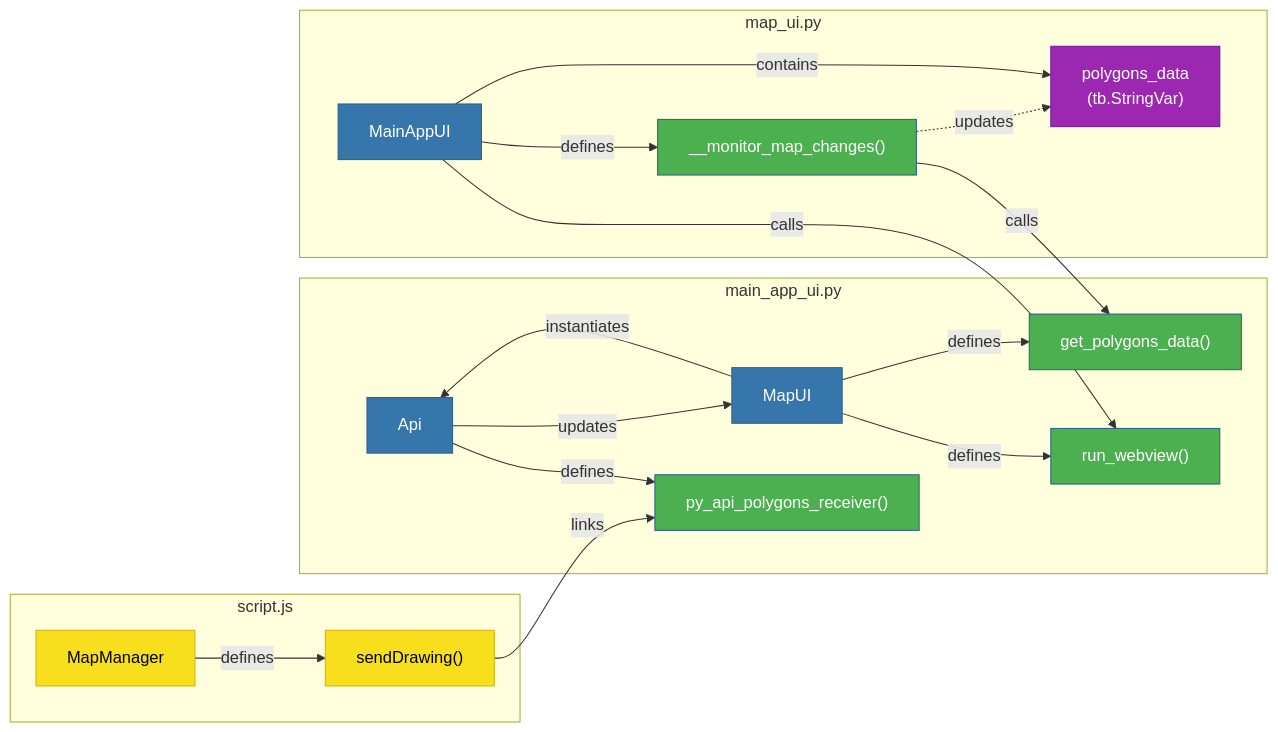
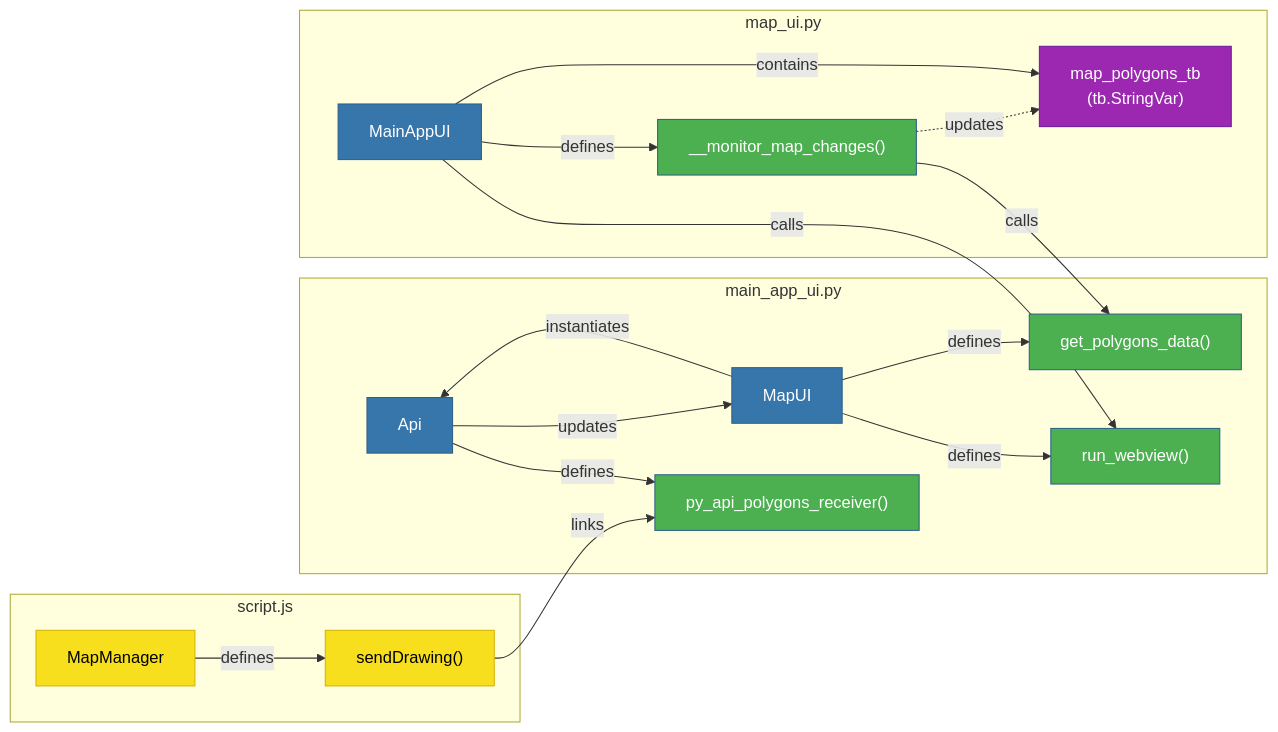
The diagram in README.md (GMECH7/rss_islandr), drawn with Mermaid before and after one commit. The commit also changed 4 other files, not shown here.

````diff
--- a/README.md
+++ b/README.md
@@ -239,38 +239,38 @@
 ```mermaid
 %%{init: {'themeVariables': {'fontFamily': 'monospace'}}}%%
 %%{init: {'themeVariables': {'fontFamily': 'monospace'}}}%%
 graph LR
     %% Define CSS classes
     classDef javascript fill:#f7df1e,color:black,stroke:#d4b106
     classDef python fill:#3776ab,color:white,stroke:#2a5f8a
     classDef python_method fill:#4CAF50,color:white,stroke:#2a5f8a
     classDef variable fill:#9C27B0,color:white,stroke:#6A1B9A
 
     subgraph "script.js"
         JS["MapManager"]:::javascript
         JS -->|defines| sendDrawing["sendDrawing()"]:::javascript
     end
 
     subgraph "main_app_ui.py"
         Py["Api"]:::python
         MapUI["MapUI"]:::python
         py_api_polygons_receiver["py_api_polygons_receiver()"]:::python_method
 
         %% Relationships
         sendDrawing -->|links| py_api_polygons_receiver
         Py -->|defines| py_api_polygons_receiver
         Py -->|updates| MapUI
         MapUI -->|instantiates| Py
         MapUI -->|defines| run_webview["run_webview()"]:::python_method
         MapUI -->|defines| get_polygons_data["get_polygons_data()"]:::python_method
     end
 
     subgraph "map_ui.py"
         MainAppUI["MainAppUI"]:::python
         MainAppUI -->|calls| run_webview
         MainAppUI -->|defines| __monitor_map_changes["__monitor_map_changes()"]:::python_method
         __monitor_map_changes -->|calls| get_polygons_data
-        MainAppUI -->|contains| tb.StringVar["polygons_data<br>(tb.StringVar)"]:::variable
+        MainAppUI -->|contains| tb.StringVar["map_polygons_tb<br>(tb.StringVar)"]:::variable
         __monitor_map_changes -.->|updates| tb.StringVar
     end
 ```
````
